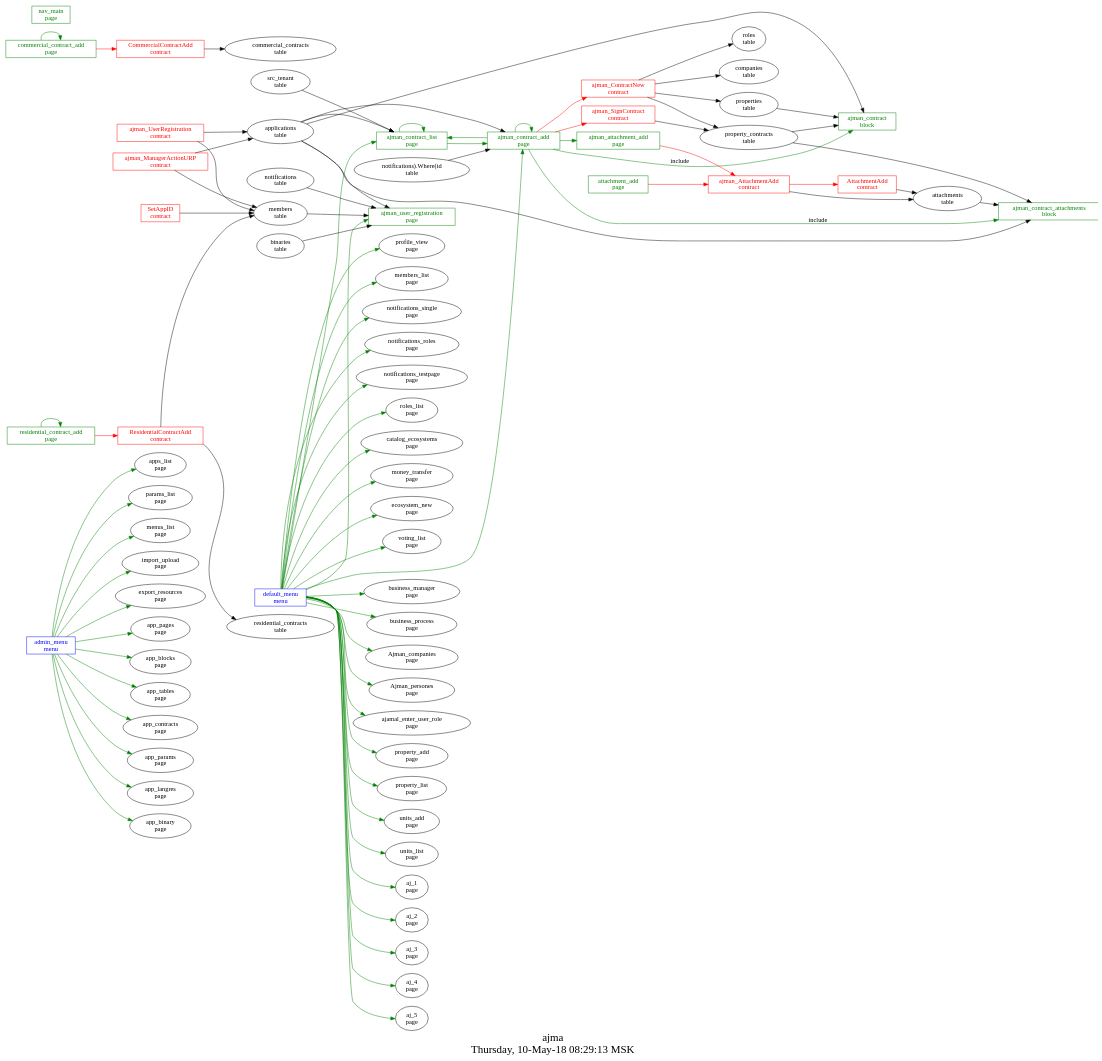
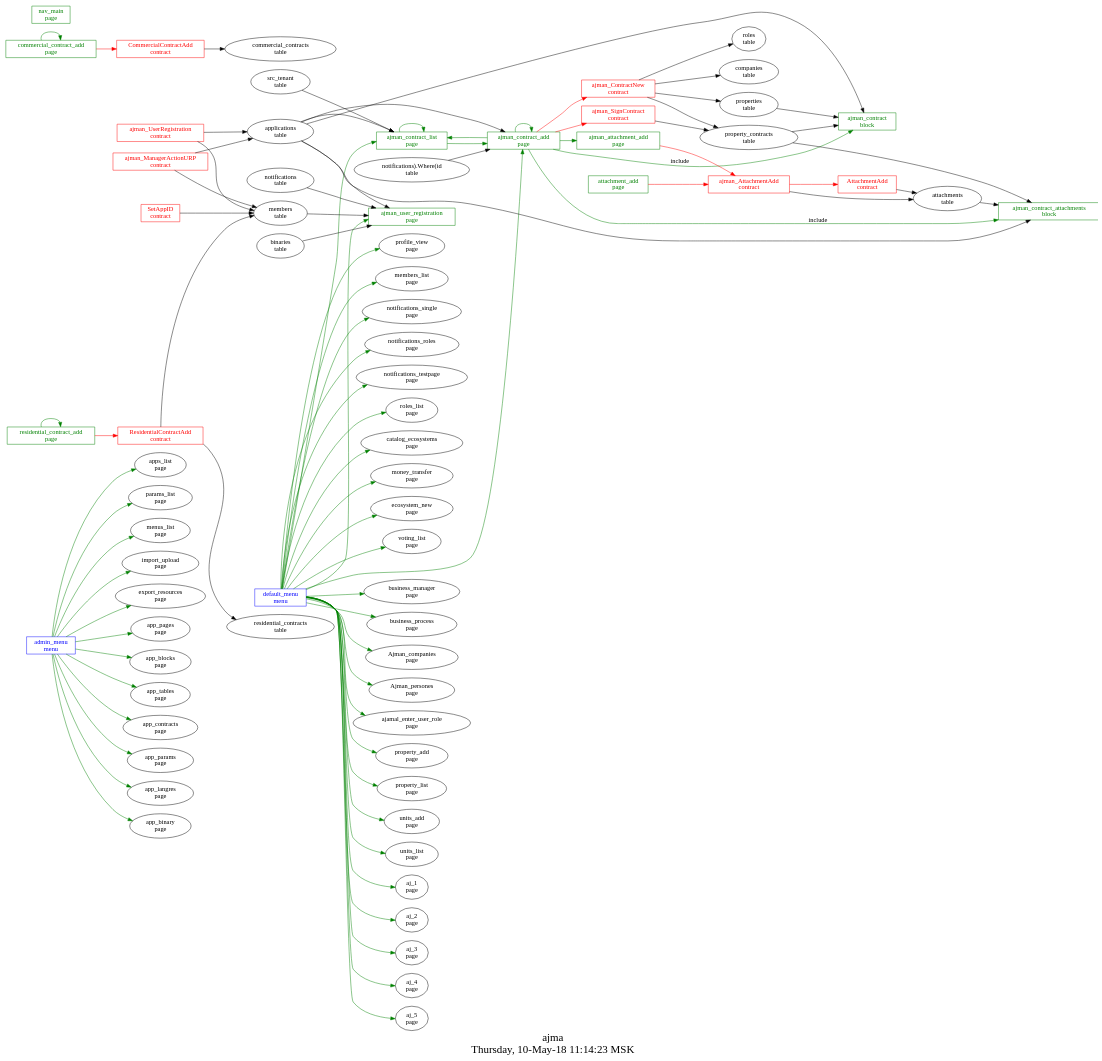
One commit to AplaProject/apps changed the diagram in src/ajman/struct.dot. Above: the diagram before and after it, drawn with Graphviz. The commit also changed 2 other files, not shown here.

```diff
--- a/src/ajman/struct.dot
+++ b/src/ajman/struct.dot
@@ -1,119 +1,119 @@
 digraph G {
 graph [
   fontsize="24";
-  label="ajma\nThursday, 10-May-18 08:29:13 MSK";
+  label="ajma\nThursday, 10-May-18 11:14:23 MSK";
   nojustify=true;
   ordering=out;
   rankdir=LR;
   size="30";
 ];
 "admin_menu\nmenu" -> "apps_list\npage"  [ color=green ]
 "admin_menu\nmenu" -> "params_list\npage"  [ color=green ]
 "admin_menu\nmenu" -> "menus_list\npage"  [ color=green ]
 "admin_menu\nmenu" -> "import_upload\npage"  [ color=green ]
 "admin_menu\nmenu" -> "export_resources\npage"  [ color=green ]
 "admin_menu\nmenu" -> "app_pages\npage"  [ color=green ]
 "admin_menu\nmenu" -> "app_blocks\npage"  [ color=green ]
 "admin_menu\nmenu" -> "app_tables\npage"  [ color=green ]
 "admin_menu\nmenu" -> "app_contracts\npage"  [ color=green ]
 "admin_menu\nmenu" -> "app_params\npage"  [ color=green ]
 "admin_menu\nmenu" -> "app_langres\npage"  [ color=green ]
 "admin_menu\nmenu" -> "app_binary\npage"  [ color=green ]
 "admin_menu\nmenu" [color=blue, fontcolor=blue, group=menus, shape=record];
 "default_menu\nmenu" -> "profile_view\npage"  [ color=green ]
 "default_menu\nmenu" -> "members_list\npage"  [ color=green ]
 "default_menu\nmenu" -> "notifications_single\npage"  [ color=green ]
 "default_menu\nmenu" -> "notifications_roles\npage"  [ color=green ]
 "default_menu\nmenu" -> "notifications_testpage\npage"  [ color=green ]
 "default_menu\nmenu" -> "roles_list\npage"  [ color=green ]
 "default_menu\nmenu" -> "catalog_ecosystems\npage"  [ color=green ]
 "default_menu\nmenu" -> "money_transfer\npage"  [ color=green ]
 "default_menu\nmenu" -> "ecosystem_new\npage"  [ color=green ]
 "default_menu\nmenu" -> "voting_list\npage"  [ color=green ]
 "default_menu\nmenu" -> "ajman_contract_list\npage"  [ color=green ]
 "default_menu\nmenu" -> "ajman_contract_add\npage"  [ color=green ]
 "default_menu\nmenu" -> "business_manager\npage"  [ color=green ]
 "default_menu\nmenu" -> "business_process\npage"  [ color=green ]
 "default_menu\nmenu" -> "ajman_user_registration\npage"  [ color=green ]
 "default_menu\nmenu" -> "Ajman_companies\npage"  [ color=green ]
 "default_menu\nmenu" -> "Ajman_persones\npage"  [ color=green ]
 "default_menu\nmenu" -> "ajamal_enter_user_role\npage"  [ color=green ]
 "default_menu\nmenu" -> "property_add\npage"  [ color=green ]
 "default_menu\nmenu" -> "property_list\npage"  [ color=green ]
 "default_menu\nmenu" -> "units_add\npage"  [ color=green ]
 "default_menu\nmenu" -> "units_list\npage"  [ color=green ]
 "default_menu\nmenu" -> "aj_1\npage"  [ color=green ]
 "default_menu\nmenu" -> "aj_2\npage"  [ color=green ]
 "default_menu\nmenu" -> "aj_3\npage"  [ color=green ]
 "default_menu\nmenu" -> "aj_4\npage"  [ color=green ]
 "default_menu\nmenu" -> "aj_5\npage"  [ color=green ]
 "default_menu\nmenu" [color=blue, fontcolor=blue, group=menus, shape=record];
 "ajman_attachment_add\npage" -> "ajman_AttachmentAdd\ncontract"  [ color=red ]
 "ajman_attachment_add\npage" [color=green, fontcolor=green, group=pages, shape=record];
 "ajman_contract_add\npage" -> "ajman_ContractNew\ncontract"  [ color=red ]
 "ajman_contract_add\npage" -> "ajman_SignContract\ncontract"  [ color=red ]
 "notifications).Where(id\ntable" -> "ajman_contract_add\npage"  [ color="" ]
 "applications\ntable" -> "ajman_contract_add\npage"  [ color="" ]
 "ajman_contract_add\npage" -> "ajman_contract_add\npage"  [ color=green ]
 "ajman_contract_add\npage" -> "ajman_contract_list\npage"  [ color=green ]
 "ajman_contract_add\npage" -> "ajman_attachment_add\npage"  [ color=green ]
 "ajman_contract_add\npage" -> "ajman_contract\nblock"  [ color=green, label=include ]
 "ajman_contract_add\npage" -> "ajman_contract_attachments\nblock"  [ color=green, label=include ]
 "ajman_contract_add\npage" [color=green, fontcolor=green, group=pages, shape=record];
 "applications\ntable" -> "ajman_contract_list\npage"  [ color="" ]
 "src_tenant\ntable" -> "ajman_contract_list\npage"  [ color="" ]
 "ajman_contract_list\npage" -> "ajman_contract_list\npage"  [ color=green ]
 "ajman_contract_list\npage" -> "ajman_contract_add\npage"  [ color=green ]
 "ajman_contract_list\npage" [color=green, fontcolor=green, group=pages, shape=record];
 "applications\ntable" -> "ajman_user_registration\npage"  [ color="" ]
 "notifications\ntable" -> "ajman_user_registration\npage"  [ color="" ]
 "members\ntable" -> "ajman_user_registration\npage"  [ color="" ]
 "binaries\ntable" -> "ajman_user_registration\npage"  [ color="" ]
 "ajman_user_registration\npage" [color=green, fontcolor=green, group=pages, shape=record];
 "attachment_add\npage" -> "ajman_AttachmentAdd\ncontract"  [ color=red ]
 "attachment_add\npage" [color=green, fontcolor=green, group=pages, shape=record];
 "commercial_contract_add\npage" -> "CommercialContractAdd\ncontract"  [ color=red ]
 "commercial_contract_add\npage" -> "commercial_contract_add\npage"  [ color=green ]
 "commercial_contract_add\npage" [color=green, fontcolor=green, group=pages, shape=record];
 "nav_main\npage" [color=green, fontcolor=green, group=pages, shape=record];
 "residential_contract_add\npage" -> "ResidentialContractAdd\ncontract"  [ color=red ]
 "residential_contract_add\npage" -> "residential_contract_add\npage"  [ color=green ]
 "residential_contract_add\npage" [color=green, fontcolor=green, group=pages, shape=record];
 "applications\ntable" -> "ajman_contract\nblock"  [ color="" ]
 "property_contracts\ntable" -> "ajman_contract\nblock"  [ color="" ]
 "properties\ntable" -> "ajman_contract\nblock"  [ color="" ]
 "ajman_contract\nblock" [color=green, fontcolor=green, group=blocks, shape=record];
 "applications\ntable" -> "ajman_contract_attachments\nblock"  [ color="" ]
 "property_contracts\ntable" -> "ajman_contract_attachments\nblock"  [ color="" ]
 "attachments\ntable" -> "ajman_contract_attachments\nblock"  [ color="" ]
 "ajman_contract_attachments\nblock" [color=green, fontcolor=green, group=blocks, shape=record];
 "AttachmentAdd\ncontract" -> "attachments\ntable"  [ color="" ]
 "AttachmentAdd\ncontract" [color=red, fontcolor=red, group=contracts, shape=record];
 "CommercialContractAdd\ncontract" -> "commercial_contracts\ntable"  [ color="" ]
 "CommercialContractAdd\ncontract" [color=red, fontcolor=red, group=contracts, shape=record];
 "ResidentialContractAdd\ncontract" -> "members\ntable"  [ color="" ]
 "ResidentialContractAdd\ncontract" -> "residential_contracts\ntable"  [ color="" ]
 "ResidentialContractAdd\ncontract" [color=red, fontcolor=red, group=contracts, shape=record];
 "SetAppID\ncontract" -> "members\ntable"  [ color="" ]
 "SetAppID\ncontract" [color=red, fontcolor=red, group=contracts, shape=record];
 "ajman_AttachmentAdd\ncontract" -> "AttachmentAdd\ncontract"  [ color=red ]
 "ajman_AttachmentAdd\ncontract" -> "attachments\ntable"  [ color="" ]
 "ajman_AttachmentAdd\ncontract" [color=red, fontcolor=red, group=contracts, shape=record];
 "ajman_ContractNew\ncontract" -> "roles\ntable"  [ color="" ]
 "ajman_ContractNew\ncontract" -> "companies\ntable"  [ color="" ]
 "ajman_ContractNew\ncontract" -> "properties\ntable"  [ color="" ]
 "ajman_ContractNew\ncontract" -> "property_contracts\ntable"  [ color="" ]
 "ajman_ContractNew\ncontract" [color=red, fontcolor=red, group=contracts, shape=record];
 "ajman_ManagerActionURP\ncontract" -> "applications\ntable"  [ color="" ]
 "ajman_ManagerActionURP\ncontract" -> "members\ntable"  [ color="" ]
 "ajman_ManagerActionURP\ncontract" [color=red, fontcolor=red, group=contracts, shape=record];
 "ajman_SignContract\ncontract" -> "property_contracts\ntable"  [ color="" ]
 "ajman_SignContract\ncontract" [color=red, fontcolor=red, group=contracts, shape=record];
 "ajman_UserRegistration\ncontract" -> "members\ntable"  [ color="" ]
 "ajman_UserRegistration\ncontract" -> "applications\ntable"  [ color="" ]
 "ajman_UserRegistration\ncontract" [color=red, fontcolor=red, group=contracts, shape=record];
 "attachments\ntable" [color="", fontcolor="", group=tables, shape=""];
 "commercial_contracts\ntable" [color="", fontcolor="", group=tables, shape=""];
 "property_contracts\ntable" [color="", fontcolor="", group=tables, shape=""];
 "residential_contracts\ntable" [color="", fontcolor="", group=tables, shape=""];
 }
```
